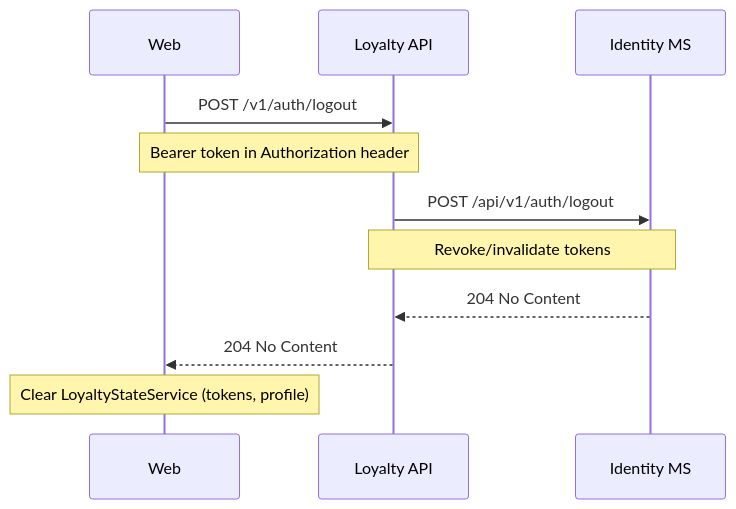
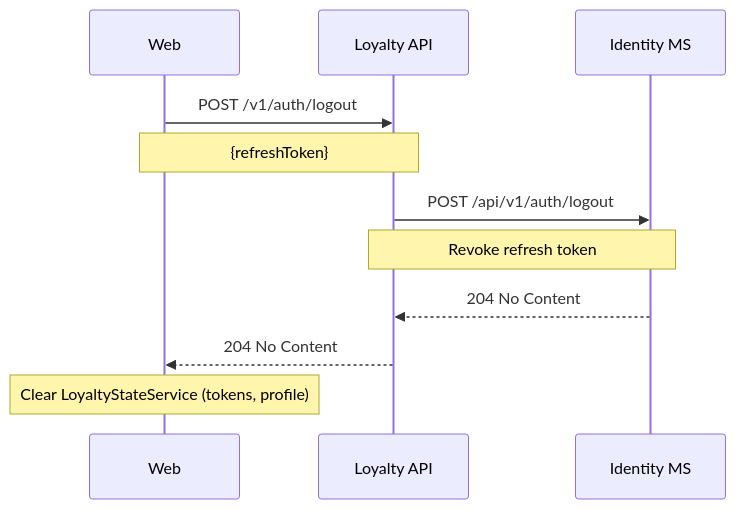
One commit to sebharvey/airline-reservation-system changed the third of 9 diagrams in documentation/sequences/identity.md. Above: the diagram before and after it, drawn with Mermaid. The commit also changed other lines of this file and 11 other files, not shown here.

````diff
--- a/documentation/sequences/identity.md
+++ b/documentation/sequences/identity.md
@@ -35,14 +56,14 @@
 ```mermaid
 sequenceDiagram
     participant Web
     participant LoyaltyAPI as Loyalty API
     participant IdentityMS as Identity MS
 
     Web->>LoyaltyAPI: POST /v1/auth/logout
-    Note over Web,LoyaltyAPI: Bearer token in Authorization header
+    Note over Web,LoyaltyAPI: {refreshToken}
     LoyaltyAPI->>IdentityMS: POST /api/v1/auth/logout
-    Note over LoyaltyAPI,IdentityMS: Revoke/invalidate tokens
+    Note over LoyaltyAPI,IdentityMS: Revoke refresh token
     IdentityMS-->>LoyaltyAPI: 204 No Content
     LoyaltyAPI-->>Web: 204 No Content
     Note over Web: Clear LoyaltyStateService (tokens, profile)
 ```
````
